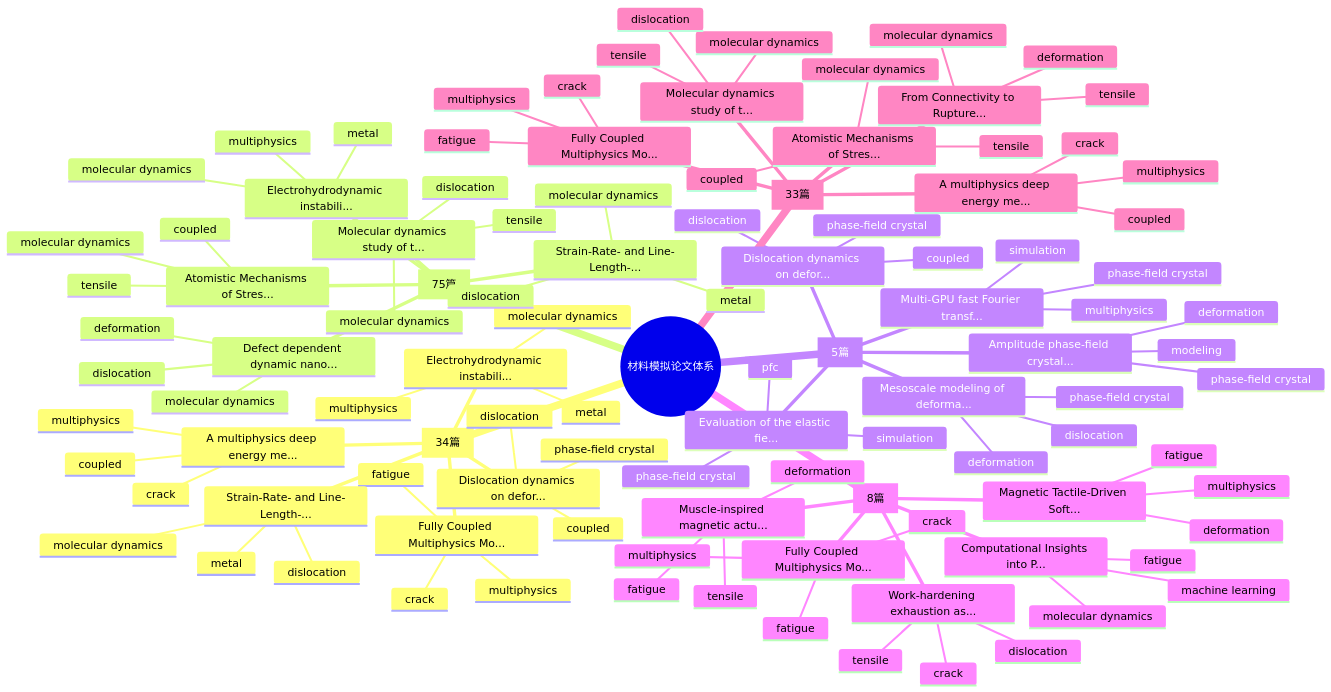
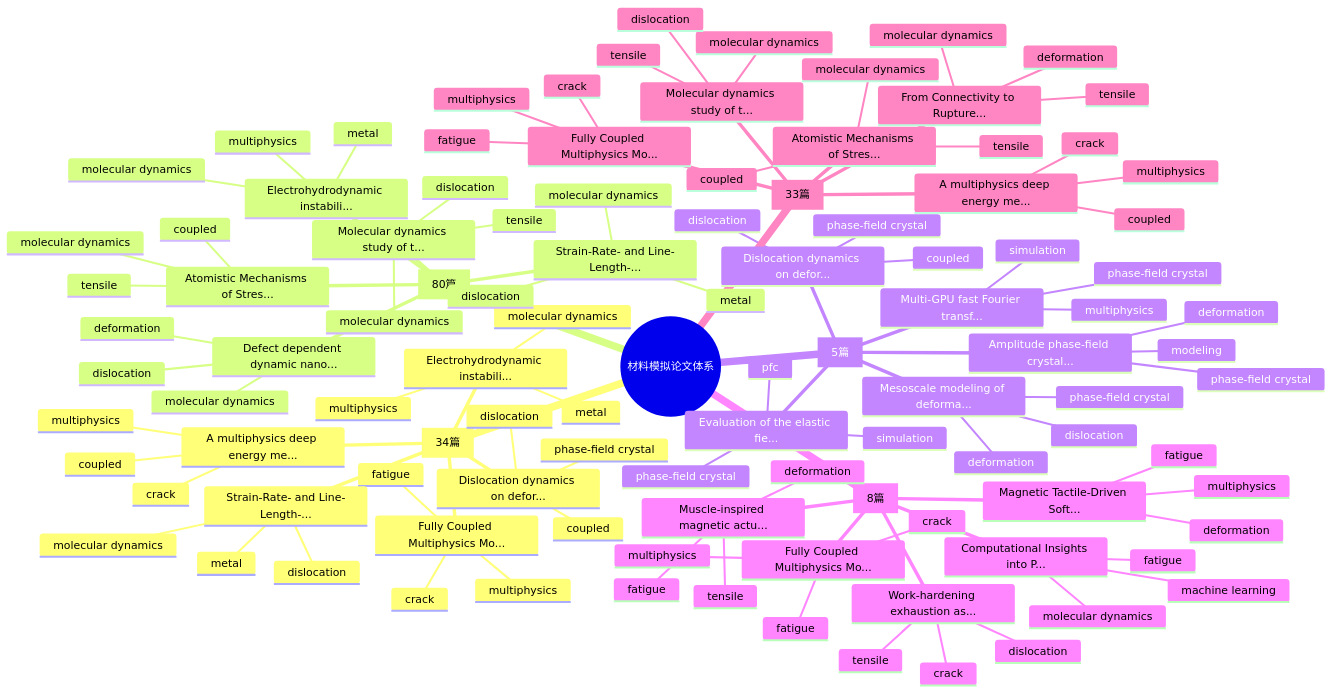
Before and after one commit to Shirakawa11111/BJK_readpaper: the first of 2 diagrams in README.md, drawn with Mermaid. The commit also changed other lines of this file and 11 other files, not shown here.

```diff
--- a/README.md
+++ b/README.md
@@ -115,7 +115,7 @@
         molecular dynamics
         dislocation
         metal
-    Molecular Dynamics [75篇]
+    Molecular Dynamics [80篇]
       Molecular dynamics study of t...
         molecular dynamics
         dislocation
```
